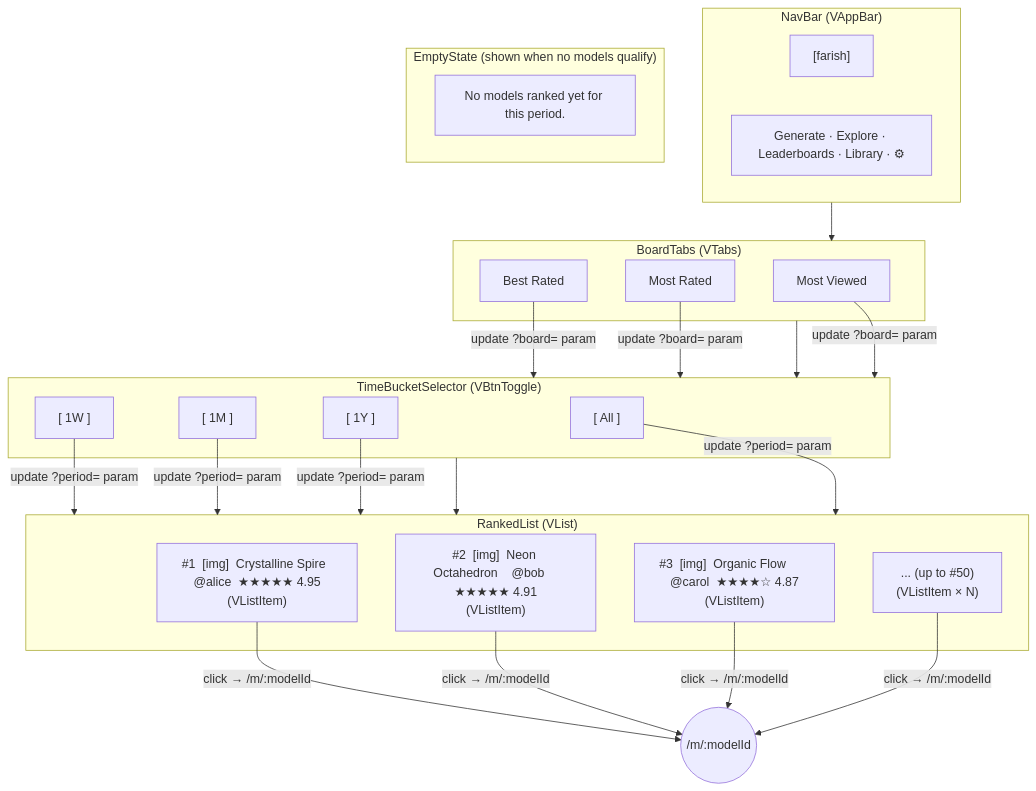
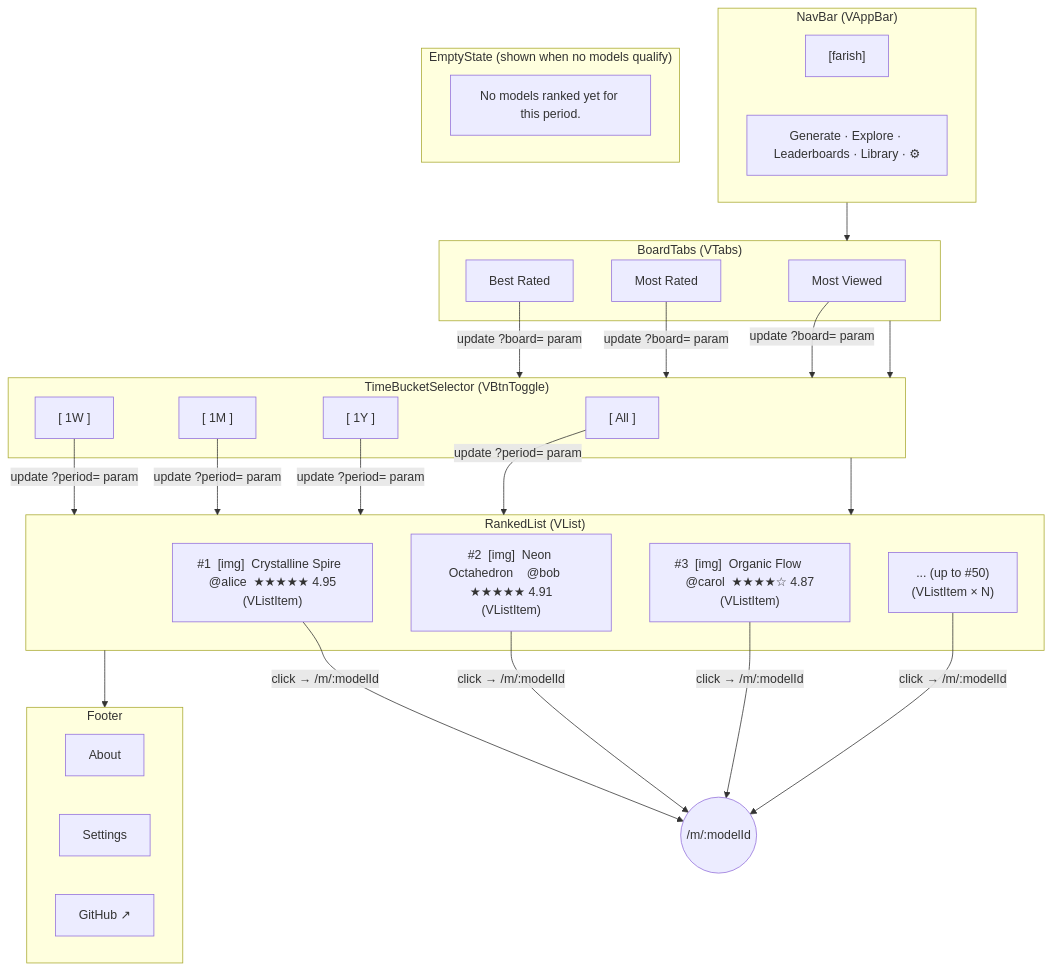
One commit to nsheaps/farish changed the diagram in docs/pages/leaderboards/wireframes/page.mermaid.md. Above: the diagram before and after it, drawn with Mermaid. The commit also changed other lines of this file and 30 other files, not shown here.

First line of the commit message:
docs(pages): step-16 cross-page validation — global footer, nav consistency fixes

````diff
--- a/docs/pages/leaderboards/wireframes/page.mermaid.md
+++ b/docs/pages/leaderboards/wireframes/page.mermaid.md
@@ -3,37 +3,43 @@
 ```mermaid
 flowchart TB
     subgraph NavBar["NavBar (VAppBar)"]
         Logo["[farish]"]
         NavLinks["Generate · Explore · Leaderboards · Library · ⚙"]
     end
 
     subgraph BoardTabs["BoardTabs (VTabs)"]
         TabBestRated["Best Rated"]
         TabMostRated["Most Rated"]
         TabMostViewed["Most Viewed"]
     end
 
     subgraph TimeBucket["TimeBucketSelector (VBtnToggle)"]
         Btn1W["[ 1W ]"]
         Btn1M["[ 1M ]"]
         Btn1Y["[ 1Y ]"]
         BtnAll["[ All ]"]
     end
 
     subgraph RankedList["RankedList (VList)"]
         Entry1["#1  [img]  Crystalline Spire  @alice  ★★★★★ 4.95\n(VListItem)"]
         Entry2["#2  [img]  Neon Octahedron    @bob    ★★★★★ 4.91\n(VListItem)"]
         Entry3["#3  [img]  Organic Flow       @carol  ★★★★☆ 4.87\n(VListItem)"]
         EntryN["...  (up to #50)\n(VListItem × N)"]
     end
 
     subgraph EmptyState_note["EmptyState (shown when no models qualify)"]
         EmptyMsg["No models ranked yet for this period."]
     end
 
-    NavBar --> BoardTabs --> TimeBucket --> RankedList
+    subgraph Footer["Footer"]
+        AboutLink["About"]
+        SettingsLink["Settings"]
+        GithubLink["GitHub ↗"]
+    end
+
+    NavBar --> BoardTabs --> TimeBucket --> RankedList --> Footer
 
     Entry1 & Entry2 & Entry3 & EntryN -->|"click → /m/:modelId"| DetailPage(("/m/:modelId"))
     TabBestRated & TabMostRated & TabMostViewed -->|"update ?board= param"| TimeBucket
     Btn1W & Btn1M & Btn1Y & BtnAll -->|"update ?period= param"| RankedList
 ```
````
